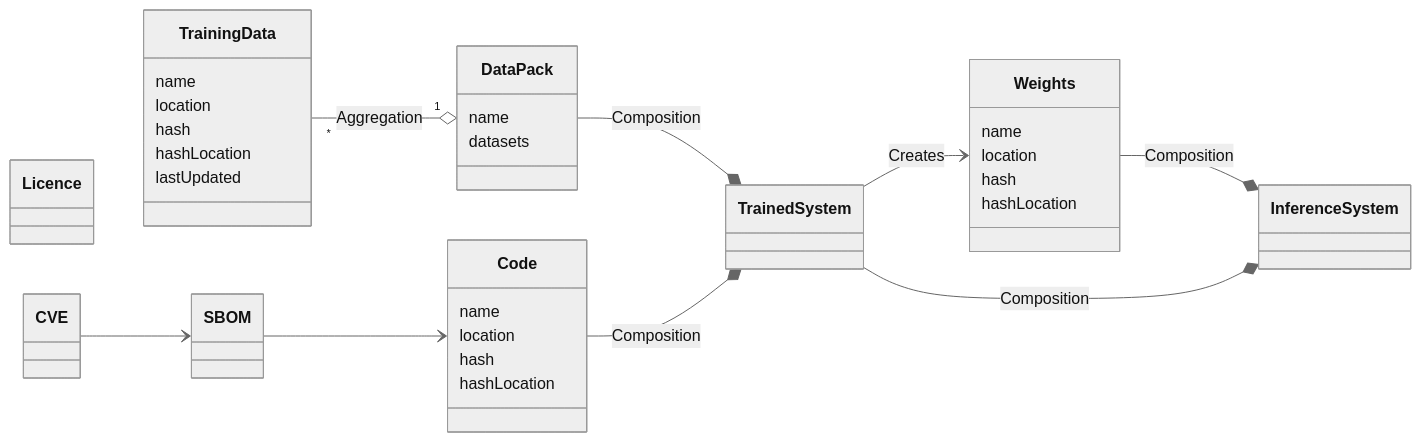
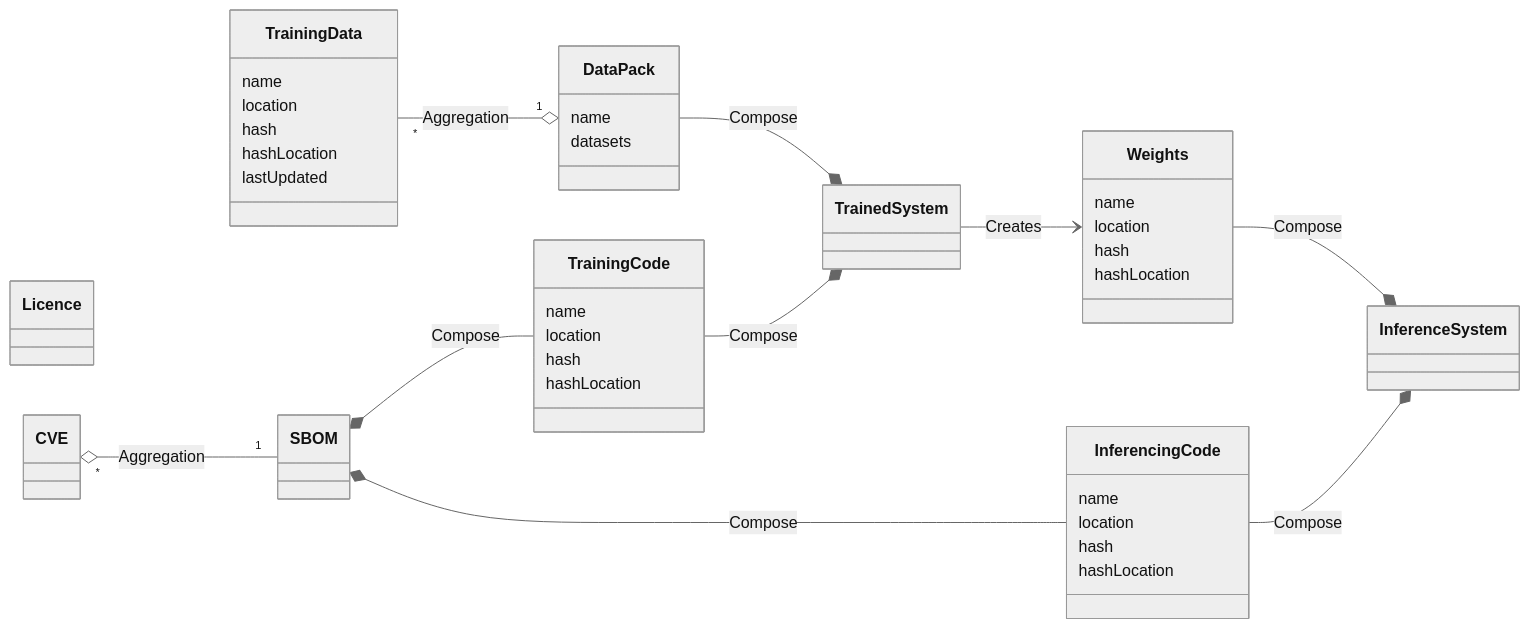
One commit to nqminds/Trusted-AI-BOM changed the diagram in packages/docusaurus/docs/working-docs/30-requirements-and-design/30-requirements-and-design.md. Above: the diagram before and after it, drawn with Mermaid (neutral theme). The commit also changed other lines of this file, not shown here.

````diff
--- a/packages/docusaurus/docs/working-docs/30-requirements-and-design/30-requirements-and-design.md
+++ b/packages/docusaurus/docs/working-docs/30-requirements-and-design/30-requirements-and-design.md
@@ -7,64 +7,74 @@
 ```mermaid
 
 classDiagram 
     direction LR
 
     class DataPack {
         name
         datasets
     }
 
     class TrainingData{
         name
         location
         hash
         hashLocation
         lastUpdated
     }
 
     class Licence{
     }
 
     class CVE{
     }
 
     class SBOM {
     }
 
     class TrainedSystem {
 
     }
 
     class InferenceSystem{
     }
     
     class Weights{
         name
         location
         hash
         hashLocation
     }
 
-    class Code { 
+    class TrainingCode { 
         name
         location
         hash
         hashLocation
     }
 
+    class InferencingCode { 
+    name
+    location
+    hash
+    hashLocation
+    }
+
     TrainingData "*" --o "1" DataPack : Aggregation
-    DataPack --* TrainedSystem : Composition
-    Weights --* InferenceSystem : Composition
+    DataPack --* TrainedSystem : Compose
+    Weights --* InferenceSystem : Compose
     TrainedSystem --> Weights : Creates
-    TrainedSystem --* InferenceSystem : Composition
 
     %% Licence --> TrainingData
     %% Licence --> Code
     %% Licence --> TrainedSystem
     %% Licence --> InferenceSystem
 
-    CVE --> SBOM
-    SBOM --> Code  
-    Code --* TrainedSystem : Composition
+    CVE "*" o-- "1" SBOM : Aggregation
+    SBOM *-- TrainingCode : Compose  
+    TrainingCode --* TrainedSystem : Compose
+
+    SBOM *-- InferencingCode : Compose  
+    InferencingCode --* InferenceSystem : Compose
+
 
 ```
````
